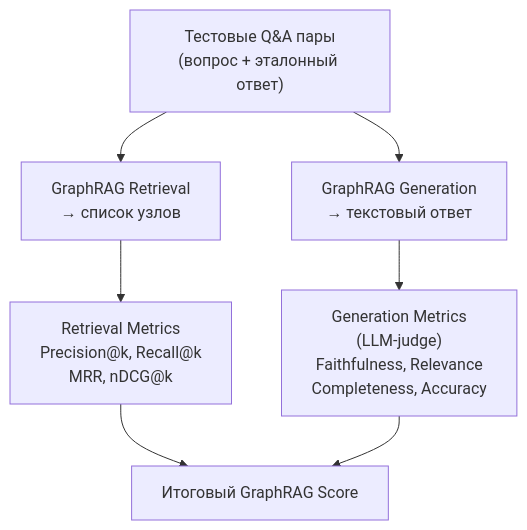
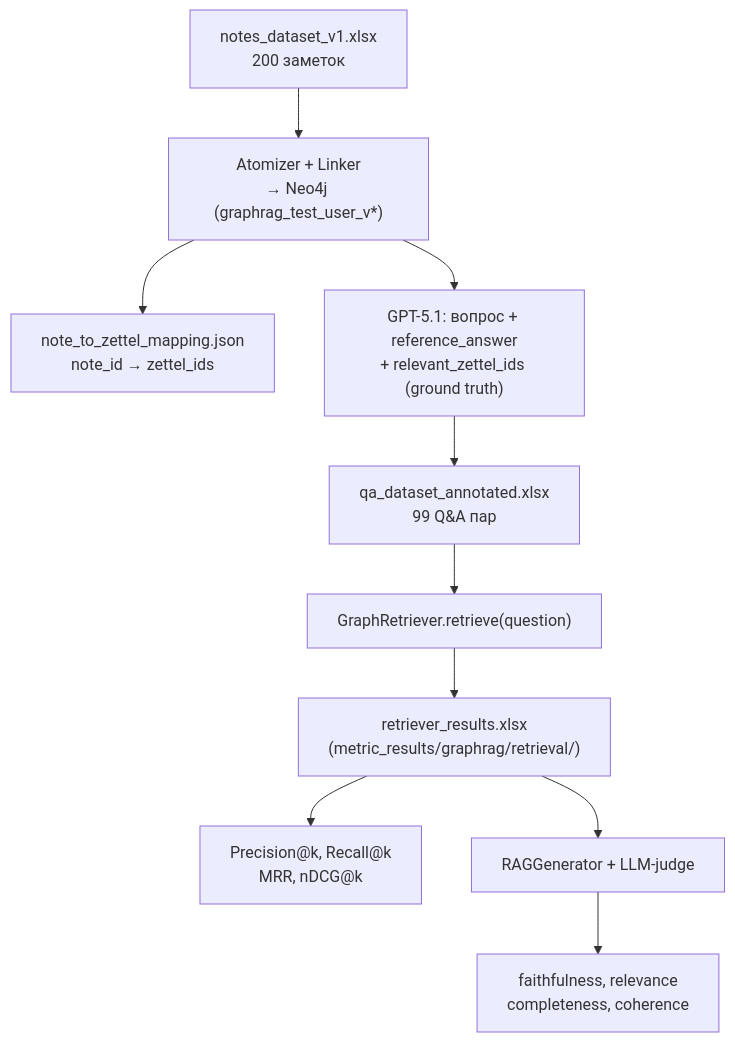
Before and after one commit to nastyakon14/Executive_Exocortex: the fourth of 4 diagrams in eval/README_eval.md, drawn with Mermaid. The commit also changed other lines of this file and 39 other files, not shown here.

````diff
--- a/eval/README_eval.md
+++ b/eval/README_eval.md
@@ -804,12 +456,12 @@
 ```mermaid
 flowchart TD
-    QA["Тестовые Q&A пары\n(вопрос + эталонный ответ)"]
-    QA --> RET["GraphRAG Retrieval\n→ список узлов"]
-    QA --> GEN["GraphRAG Generation\n→ текстовый ответ"]
-
-    RET --> RM["Retrieval Metrics\nPrecision@k, Recall@k\nMRR, nDCG@k"]
-    GEN --> GM["Generation Metrics\n(LLM-judge)\nFaithfulness, Relevance\nCompleteness, Accuracy"]
-
-    RM --> FINAL["Итоговый GraphRAG Score"]
-    GM --> FINAL
+    NOTES["notes_dataset_v1.xlsx\n200 заметок"] --> AL["Atomizer + Linker\n→ Neo4j (graphrag_test_user_v*)"]
+    AL --> MAP["note_to_zettel_mapping.json\nnote_id → zettel_ids"]
+    AL --> QA_GEN["GPT-5.1: вопрос + reference_answer\n+ relevant_zettel_ids (ground truth)"]
+    QA_GEN --> QA["qa_dataset_annotated.xlsx\n99 Q&A пар"]
+    QA --> RET["GraphRetriever.retrieve(question)"]
+    RET --> RES["retriever_results.xlsx\n(metric_results/graphrag/retrieval/)"]
+    RES --> MET["Precision@k, Recall@k\nMRR, nDCG@k"]
+    RES --> GEN["RAGGenerator + LLM-judge"]
+    GEN --> GEN_MET["faithfulness, relevance\ncompleteness, coherence"]
 ```
````
